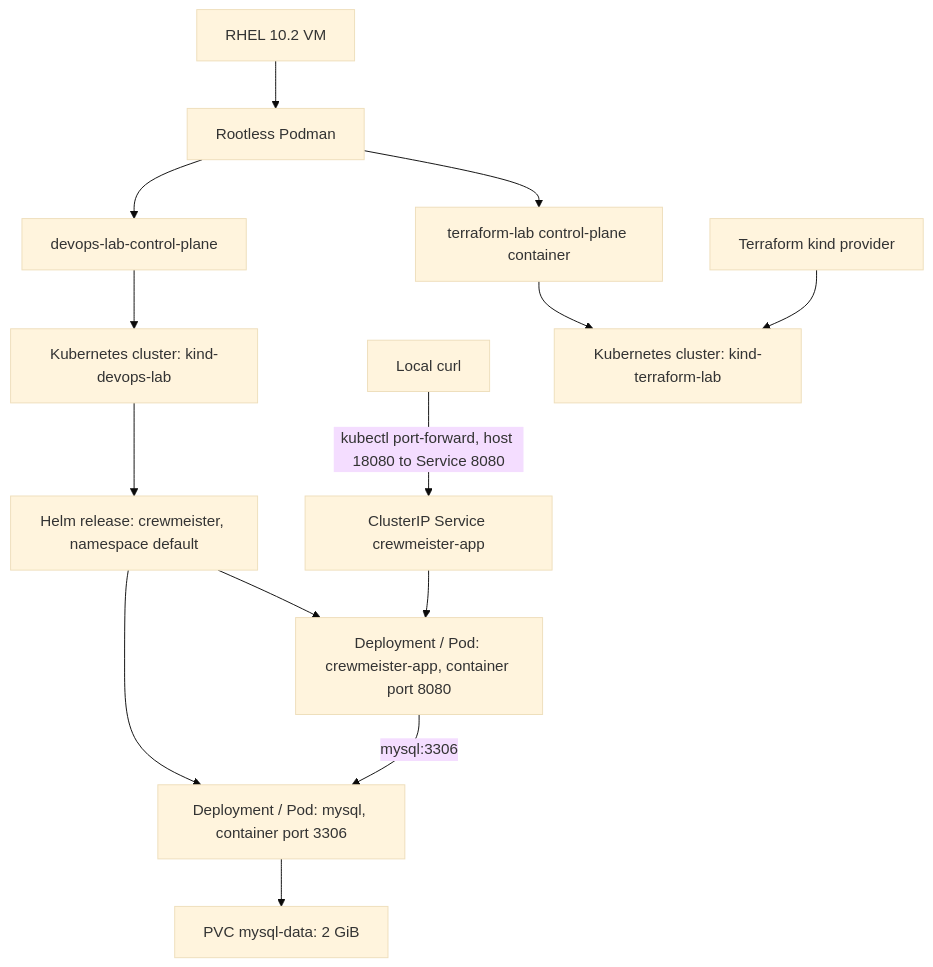
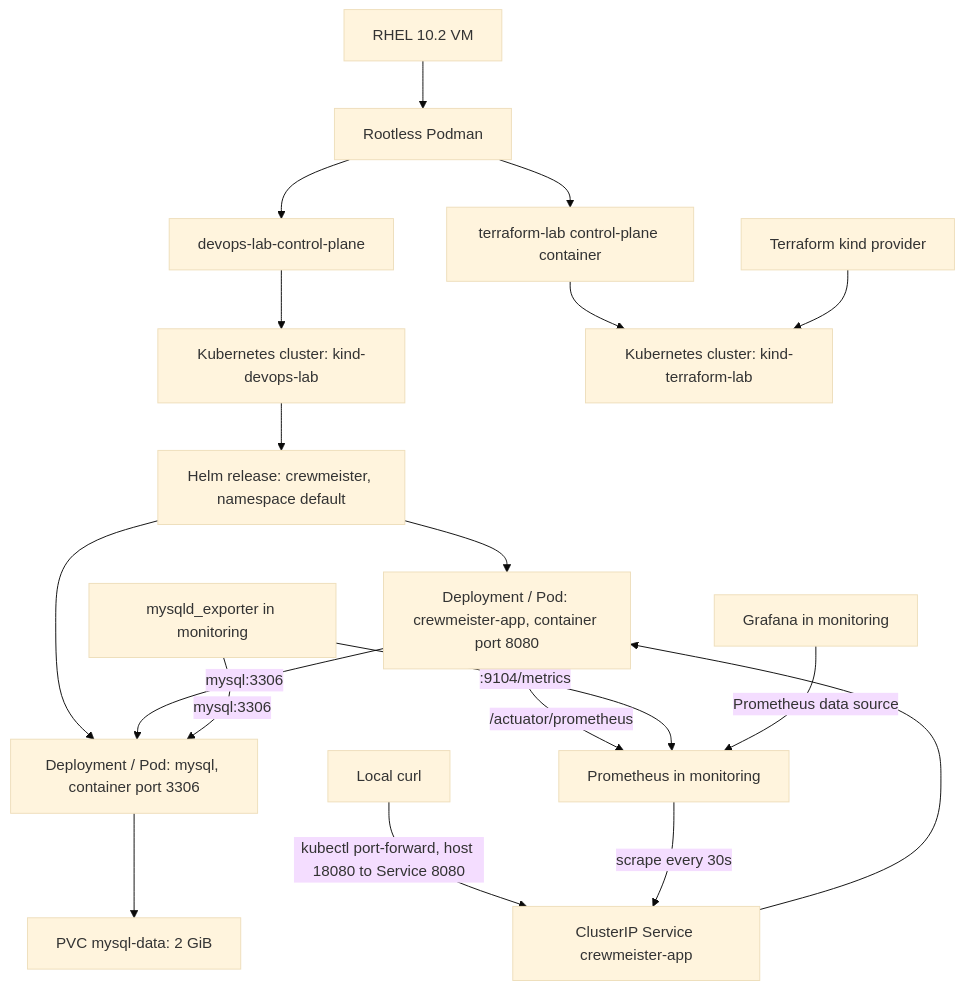
Before and after one commit to DaudCloud-sudo/crewmeister-devops-challenge: the diagram in docs/LOCAL-OPERATIONS-GUIDE.md, drawn with Mermaid (base theme). The commit also changed other lines of this file and 15 other files, not shown here.

````diff
--- a/docs/LOCAL-OPERATIONS-GUIDE.md
+++ b/docs/LOCAL-OPERATIONS-GUIDE.md
@@ -7,18 +7,23 @@
 ```mermaid
 flowchart TD
   VM[RHEL 10.2 VM]
   Podman[Rootless Podman]
   VM --> Podman
   Podman --> N1[devops-lab-control-plane]
   Podman --> N2[terraform-lab control-plane container]
   N1 --> K1[Kubernetes cluster: kind-devops-lab]
   K1 --> H[Helm release: crewmeister, namespace default]
   H --> A[Deployment / Pod: crewmeister-app, container port 8080]
   H --> D[Deployment / Pod: mysql, container port 3306]
   D --> P[PVC mysql-data: 2 GiB]
   A -->|mysql:3306| D
   User[Local curl] -->|kubectl port-forward, host 18080 to Service 8080| S[ClusterIP Service crewmeister-app]
   S --> A
+  A -->|/actuator/prometheus| PR[Prometheus in monitoring]
+  PR -->|scrape every 30s| S
+  X[mysqld_exporter in monitoring] -->|mysql:3306| D
+  X -->|:9104/metrics| PR
+  G[Grafana in monitoring] -->|Prometheus data source| PR
   N2 --> K2[Kubernetes cluster: kind-terraform-lab]
   TF[Terraform kind provider] --> K2
 ```
````
